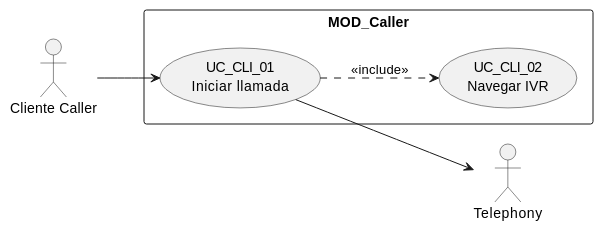
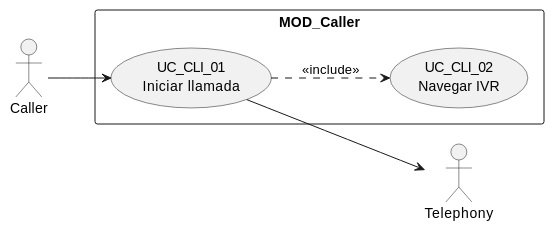
The first of 4 diagrams in source/requisitos/casos-uso/caller/uc-cli-01/diagramas-uml.rst (jcg-admin/IACT-docs), drawn with PlantUML before and after one commit. The commit also changed 77 other files, not shown here.

First line of the commit message:
Enforce RBAC function names as actors in all UML diagrams

```diff
--- a/source/requisitos/casos-uso/caller/uc-cli-01/diagramas-uml.rst
+++ b/source/requisitos/casos-uso/caller/uc-cli-01/diagramas-uml.rst
@@ -10,14 +10,14 @@
 .. uml::
 
  @startuml
  left to right direction
- actor "Cliente Caller" as C
+ actor "Caller" as C
  actor "Telephony" as T
  rectangle "MOD_Caller" {
    usecase "UC_CLI_01\nIniciar llamada" as UC
    usecase "UC_CLI_02\nNavegar IVR" as IVR
  }
  C --> UC
  UC --> T
  UC ..> IVR : <<include>>
  @enduml
```
